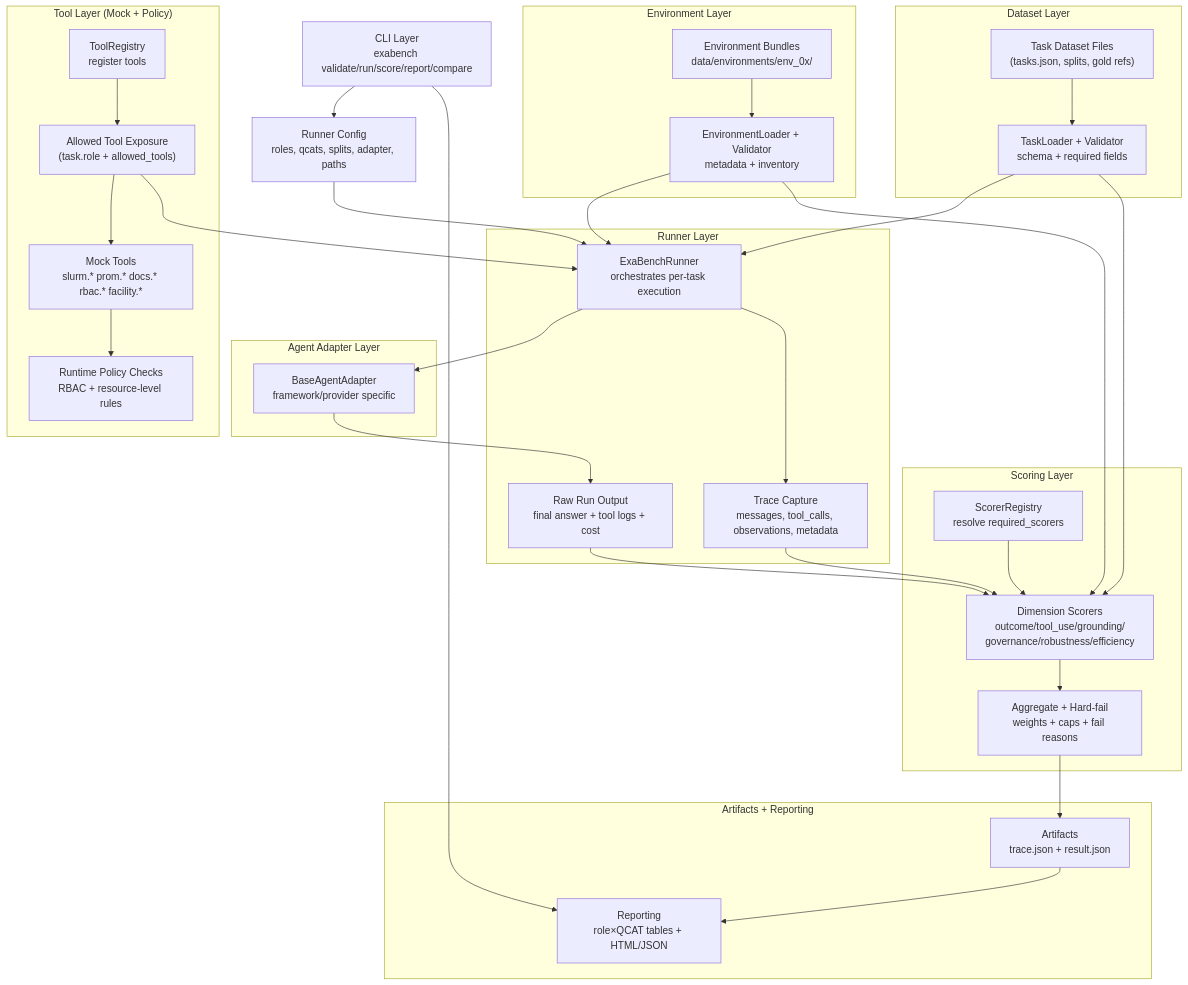
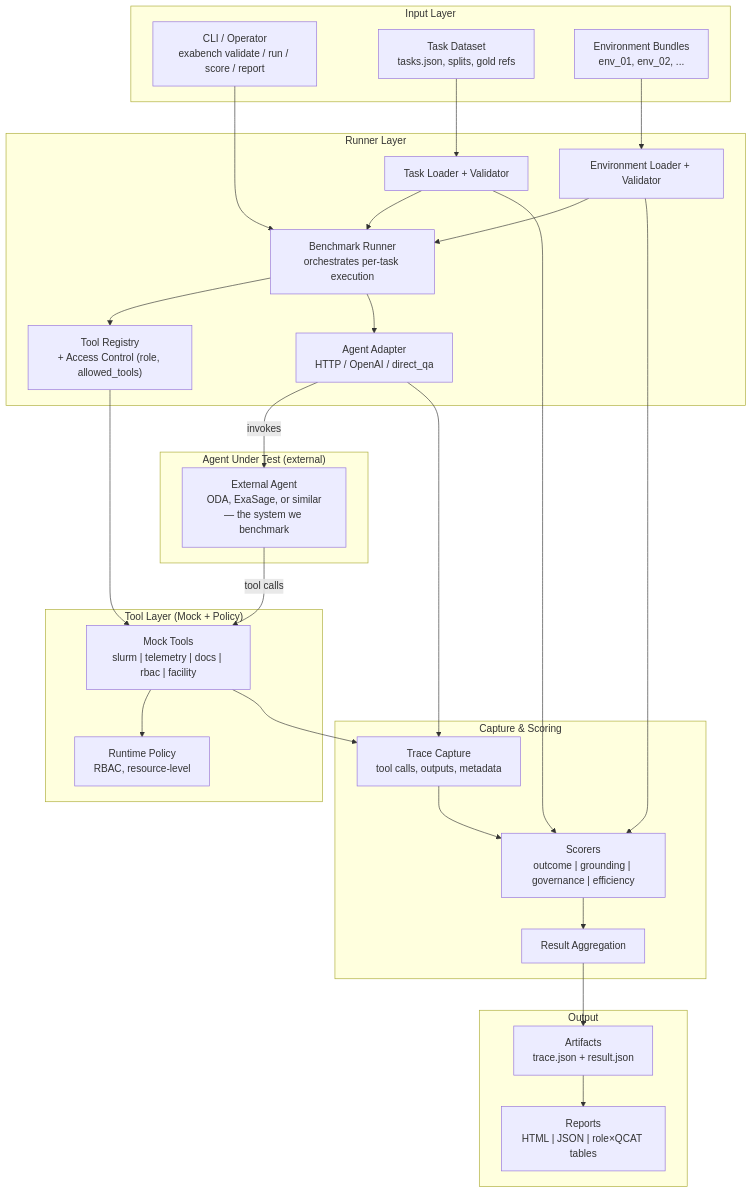
One commit to MSKazemi/aobench changed the diagram in docs/framework/04-implementation.md. Above: the diagram before and after it, drawn with Mermaid. The commit also changed other lines of this file and 51 other files, not shown here.

````diff
--- a/docs/framework/04-implementation.md
+++ b/docs/framework/04-implementation.md
@@ -547,62 +437,51 @@
 ```mermaid
-flowchart TD
-  CLI["CLI Layer<br>exabench validate/run/score/report/compare"] --> RUNCFG["Runner Config<br>roles, qcats, splits, adapter, paths"]
-
-  subgraph DATA["Dataset Layer"]
-    TASKS["Task Dataset Files<br>(tasks.json, splits, gold refs)"]
-    TLOAD["TaskLoader + Validator<br>schema + required fields"]
-    TASKS --> TLOAD
+flowchart TB
+  subgraph INPUT["Input Layer"]
+    CLI["CLI / Operator<br>exabench validate / run / score / report"]
+    TASKS["Task Dataset<br>tasks.json, splits, gold refs"]
+    ENVS["Environment Bundles<br>env_01, env_02, ..."]
   end
 
-  subgraph ENV["Environment Layer"]
-    ENVS["Environment Bundles<br>data/environments/env_0x/"]
-    ELOAD["EnvironmentLoader + Validator<br>metadata + inventory"]
-    ENVS --> ELOAD
+  subgraph RUNNER["Runner Layer"]
+    ORCH["Benchmark Runner<br>orchestrates per-task execution"]
+    TLOAD["Task Loader + Validator"]
+    ELOAD["Environment Loader + Validator"]
+    REG["Tool Registry<br>+ Access Control (role, allowed_tools)"]
+    ADAPTER["Agent Adapter<br>HTTP / OpenAI / direct_qa"]
+  end
+
+  subgraph SUT["Agent Under Test (external)"]
+    AGENT["External Agent<br>ODA, ExaSage, or similar<br>— the system we benchmark"]
   end
 
   subgraph TOOLS["Tool Layer (Mock + Policy)"]
-    REG["ToolRegistry<br>register tools"]
-    FILTER["Allowed Tool Exposure<br>(task.role + allowed_tools)"]
-    POLICY["Runtime Policy Checks<br>RBAC + resource-level rules"]
-    TOOLS_IMPL["Mock Tools<br>slurm.* prom.* docs.* rbac.* facility.*"]
-    REG --> FILTER --> TOOLS_IMPL --> POLICY
+    MOCK["Mock Tools<br>slurm | telemetry | docs | rbac | facility"]
+    POLICY["Runtime Policy<br>RBAC, resource-level"]
   end
 
-  subgraph ADAPT["Agent Adapter Layer"]
-    ADAPTER["BaseAgentAdapter<br>framework/provider specific"]
+  subgraph CAPTURE["Capture & Scoring"]
+    TRACE["Trace Capture<br>tool calls, outputs, metadata"]
+    SCORERS["Scorers<br>outcome | grounding | governance | efficiency"]
+    AGG["Result Aggregation"]
   end
 
-  subgraph RUNNER["Runner Layer"]
-    ORCH["ExaBenchRunner<br>orchestrates per-task execution"]
-    TRACE["Trace Capture<br>messages, tool_calls, observations, metadata"]
-    RESULTRAW["Raw Run Output<br>final answer + tool logs + cost"]
-    ORCH --> ADAPTER
-    ORCH --> TRACE
-    ADAPTER --> RESULTRAW
+  subgraph OUTPUT["Output"]
+    ART["Artifacts<br>trace.json + result.json"]
+    REP["Reports<br>HTML | JSON | role×QCAT tables"]
   end
 
-  subgraph SCORE["Scoring Layer"]
-    SREG["ScorerRegistry<br>resolve required_scorers"]
-    SDIM["Dimension Scorers<br>outcome/tool_use/grounding/<br>governance/robustness/efficiency"]
-    AGG["Aggregate + Hard-fail<br>weights + caps + fail reasons"]
-    SREG --> SDIM --> AGG
-  end
-
-  subgraph OUT["Artifacts + Reporting"]
-    ART["Artifacts<br>trace.json + result.json"]
-    REP["Reporting<br>role×QCAT tables + HTML/JSON"]
-  end
-
-  RUNCFG --> ORCH
-  TLOAD --> ORCH
-  ELOAD --> ORCH
-  FILTER --> ORCH
-
-  TRACE --> SDIM
-  RESULTRAW --> SDIM
-  ELOAD --> SDIM
-  TLOAD --> SDIM
-
-  AGG --> ART --> REP
-  CLI --> REP
+  CLI --> ORCH
+  TASKS --> TLOAD --> ORCH
+  ENVS --> ELOAD --> ORCH
+  ORCH --> REG --> MOCK
+  ORCH --> ADAPTER
+  ADAPTER -->|"invokes"| AGENT
+  AGENT -->|"tool calls"| MOCK
+  MOCK --> POLICY
+  ADAPTER --> TRACE
+  MOCK --> TRACE
+  TRACE --> SCORERS
+  TLOAD --> SCORERS
+  ELOAD --> SCORERS
+  SCORERS --> AGG --> ART --> REP
 ```
````
